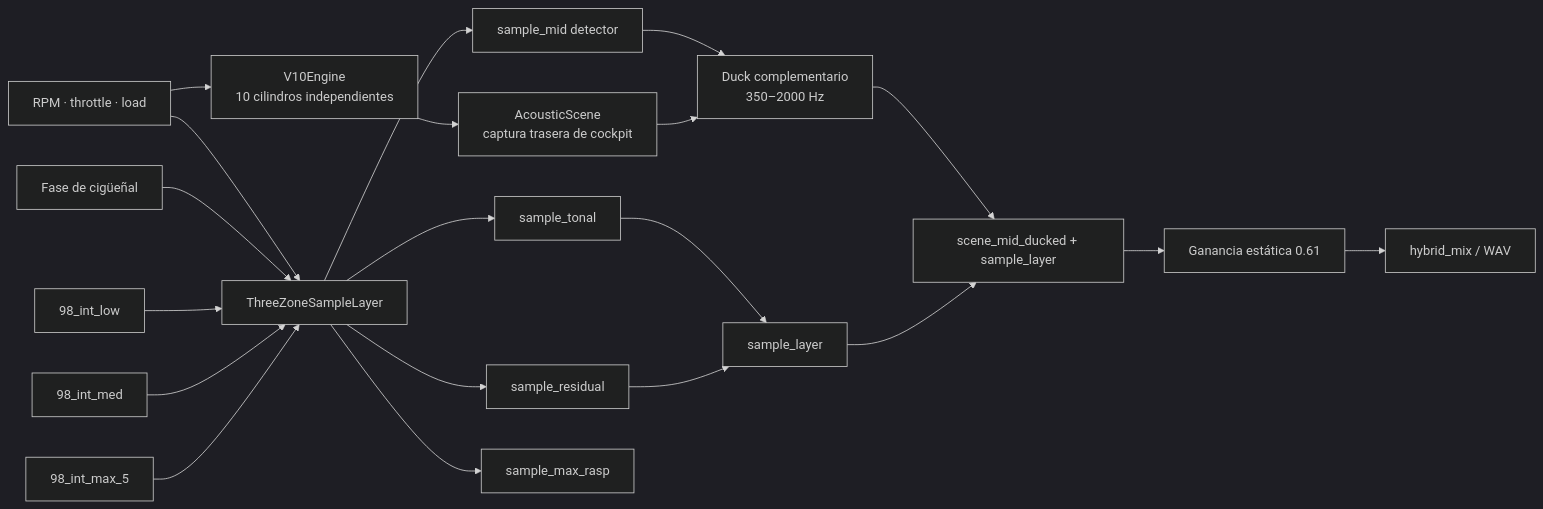
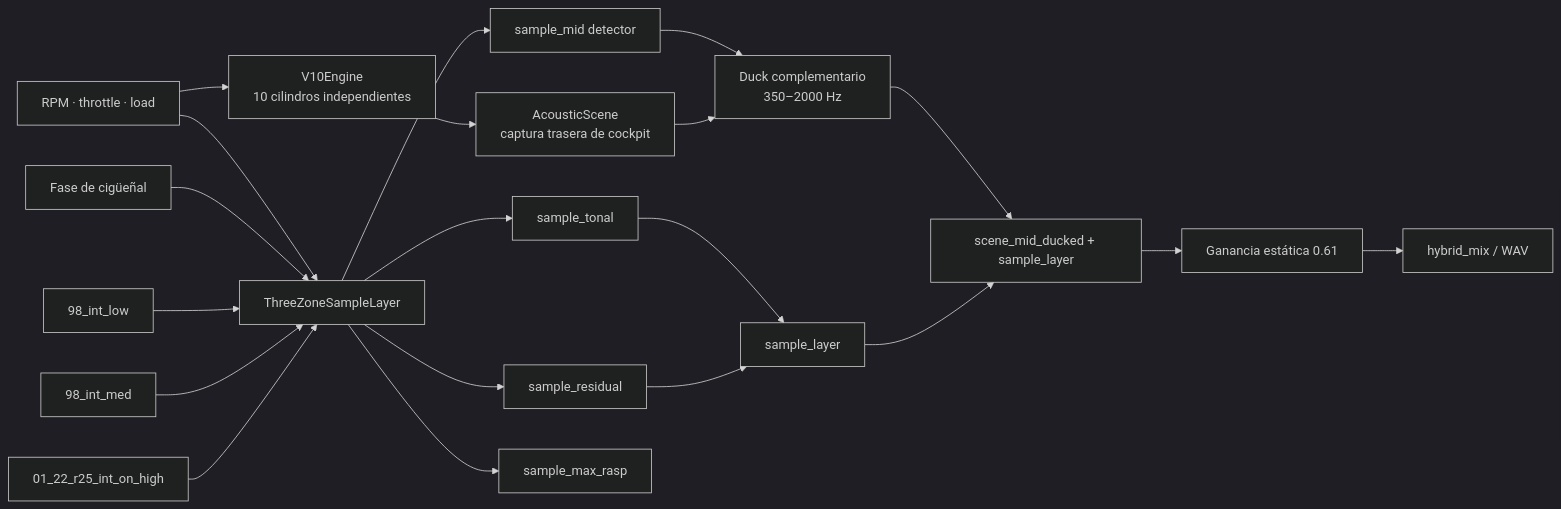
Before and after one commit to Anthony38zrgo-2/formula-90: the first of 2 diagrams in docs/V10_GF509_HYBRID_AUDIO_ARCHITECTURE.md, drawn with Mermaid (dark theme). The commit also changed other lines of this file and 12 other files, not shown here.

````diff
--- a/docs/V10_GF509_HYBRID_AUDIO_ARCHITECTURE.md
+++ b/docs/V10_GF509_HYBRID_AUDIO_ARCHITECTURE.md
@@ -23,22 +23,22 @@
 ```mermaid
 flowchart LR
     CONTROL["RPM · throttle · load"] --> ENGINE["V10Engine<br/>10 cilindros independientes"]
     ENGINE --> SCENE["AcousticScene<br/>captura trasera de cockpit"]
     CONTROL --> ZONES["ThreeZoneSampleLayer"]
     CRANK["Fase de cigüeñal"] --> ZONES
     LOW["98_int_low"] --> ZONES
     MED["98_int_med"] --> ZONES
-    MAX["98_int_max_5"] --> ZONES
+    MAX["01_22_r25_int_on_high"] --> ZONES
     ZONES --> TONAL["sample_tonal"]
     ZONES --> RESIDUAL["sample_residual"]
     ZONES --> MID["sample_mid detector"]
     ZONES --> RASP["sample_max_rasp"]
     MID --> DUCK["Duck complementario<br/>350–2000 Hz"]
     SCENE --> DUCK
     DUCK --> SUM["scene_mid_ducked + sample_layer"]
     TONAL --> SAMPLE["sample_layer"]
     RESIDUAL --> SAMPLE
     SAMPLE --> SUM
     SUM --> HEADROOM["Ganancia estática 0.61"]
     HEADROOM --> OUTPUT["hybrid_mix / WAV"]
 ```
````
